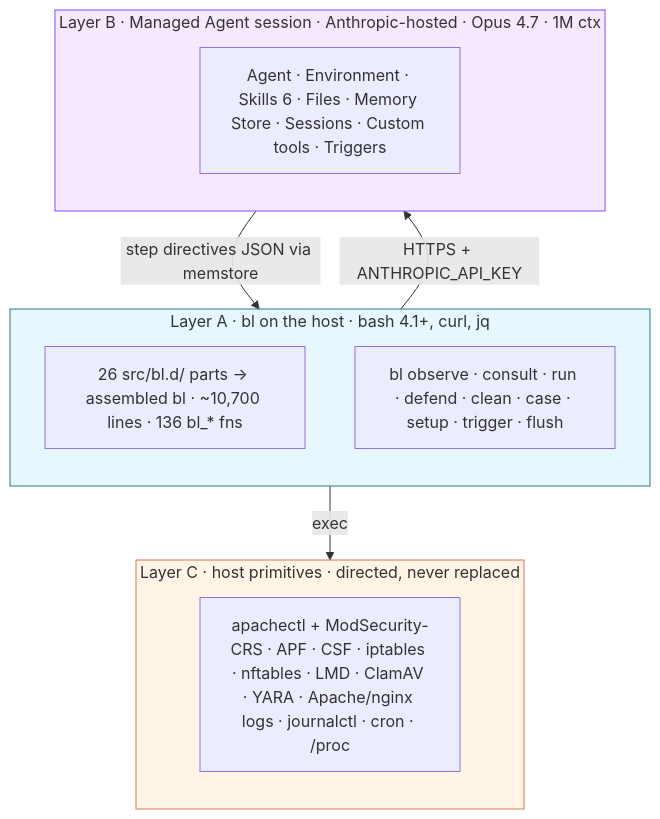
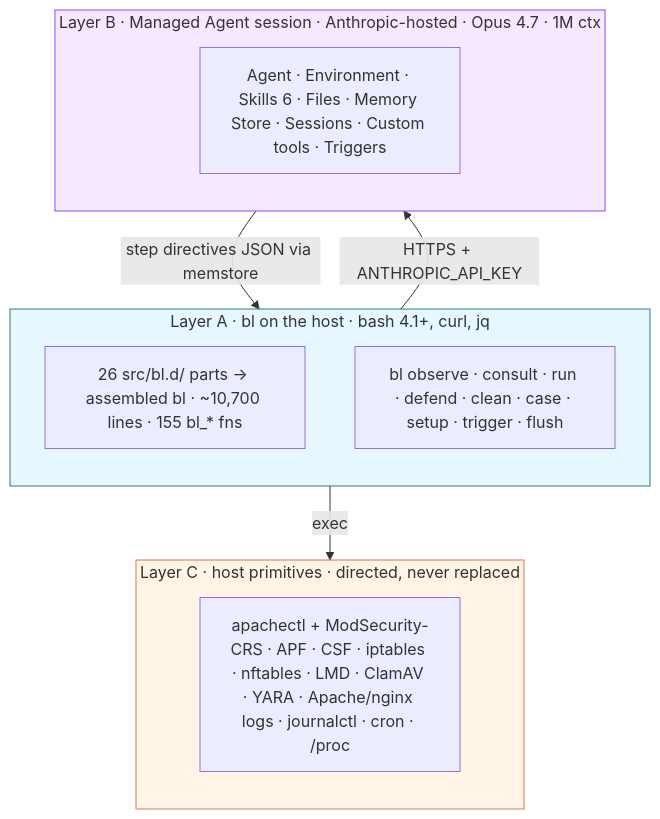
The second of 4 diagrams in README.md (rfxn/blacklight), drawn with Mermaid before and after one commit. The commit also changed other lines of this file and 4 other files, not shown here.

````diff
--- a/README.md
+++ b/README.md
@@ -210,26 +211,26 @@
 ```mermaid
 flowchart TB
     subgraph A["Layer A · bl on the host · bash 4.1+, curl, jq"]
         direction TB
-        A1[26 src/bl.d/ parts → assembled bl · ~10,700 lines · 136 bl_* fns]
+        A1[26 src/bl.d/ parts → assembled bl · ~10,700 lines · 155 bl_* fns]
         A2[bl observe · consult · run · defend · clean · case · setup · trigger · flush]
     end
     subgraph B["Layer B · Managed Agent session · Anthropic-hosted · Opus 4.7 · 1M ctx"]
         direction TB
         B1[Agent · Environment · Skills 6 · Files · Memory Store · Sessions · Custom tools · Triggers]
     end
     subgraph C["Layer C · host primitives · directed, never replaced"]
         direction TB
         C1[apachectl + ModSecurity-CRS · APF · CSF · iptables · nftables · LMD · ClamAV · YARA · Apache/nginx logs · journalctl · cron · /proc]
     end
     A -->|HTTPS + ANTHROPIC_API_KEY| B
     B -->|step directives JSON via memstore| A
     A -->|exec| C
 
     classDef la fill:#e6f7ff,stroke:#2c7a7b
     classDef lb fill:#f5e8ff,stroke:#7f4dff
     classDef lc fill:#fff4e6,stroke:#d97757
     class A la
     class B lb
     class C lc
 ```
````
